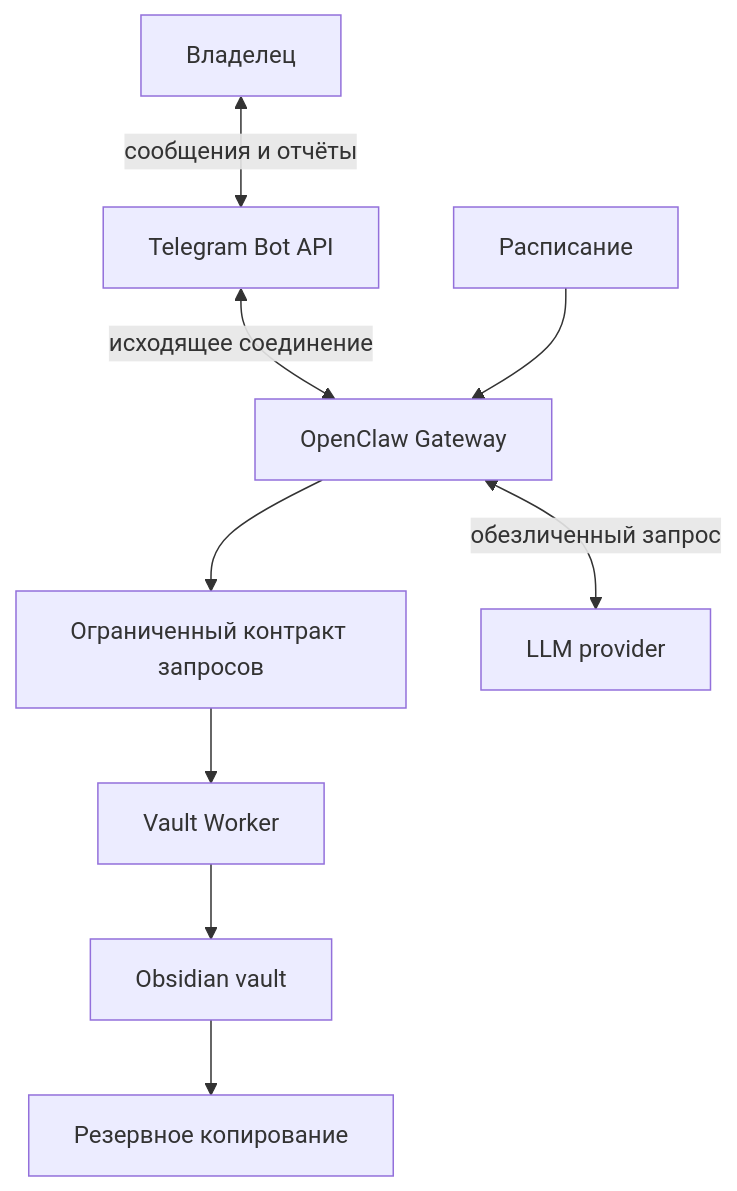
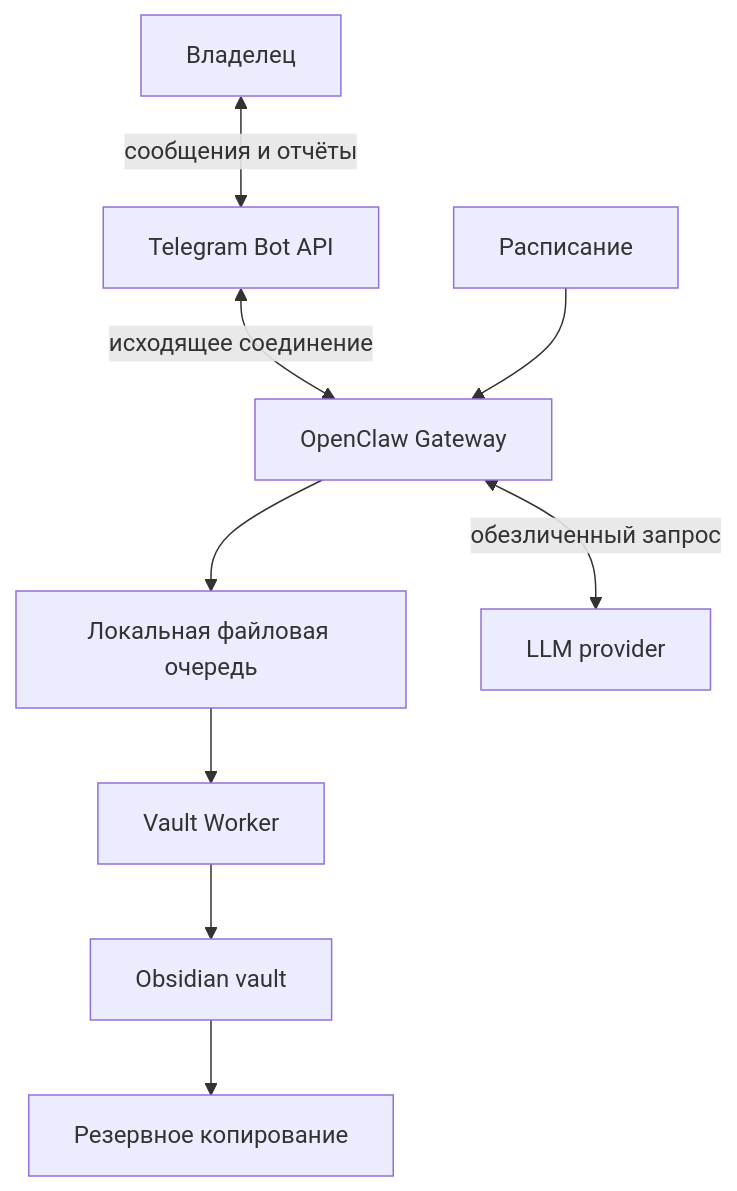
One commit to gmlol11/obsidian-assistant changed the first of 2 diagrams in docs/architecture.md. Above: the diagram before and after it, drawn with Mermaid. The commit also changed other lines of this file and 31 other files, not shown here.

````diff
--- a/docs/architecture.md
+++ b/docs/architecture.md
@@ -13,21 +13,21 @@
 ```mermaid
 flowchart TB
     Owner["Владелец"]
     Telegram["Telegram Bot API"]
     OpenClaw["OpenClaw Gateway"]
-    Queue["Ограниченный контракт запросов"]
+    Queue["Локальная файловая очередь"]
     Worker["Vault Worker"]
     Vault["Obsidian vault"]
     LLM["LLM provider"]
     Scheduler["Расписание"]
     Backup["Резервное копирование"]
 
     Owner <-->|"сообщения и отчёты"| Telegram
     Telegram <-->|"исходящее соединение"| OpenClaw
     OpenClaw <-->|"обезличенный запрос"| LLM
     OpenClaw --> Queue
     Queue --> Worker
     Worker --> Vault
     Scheduler --> OpenClaw
     Vault --> Backup
 ```
````
